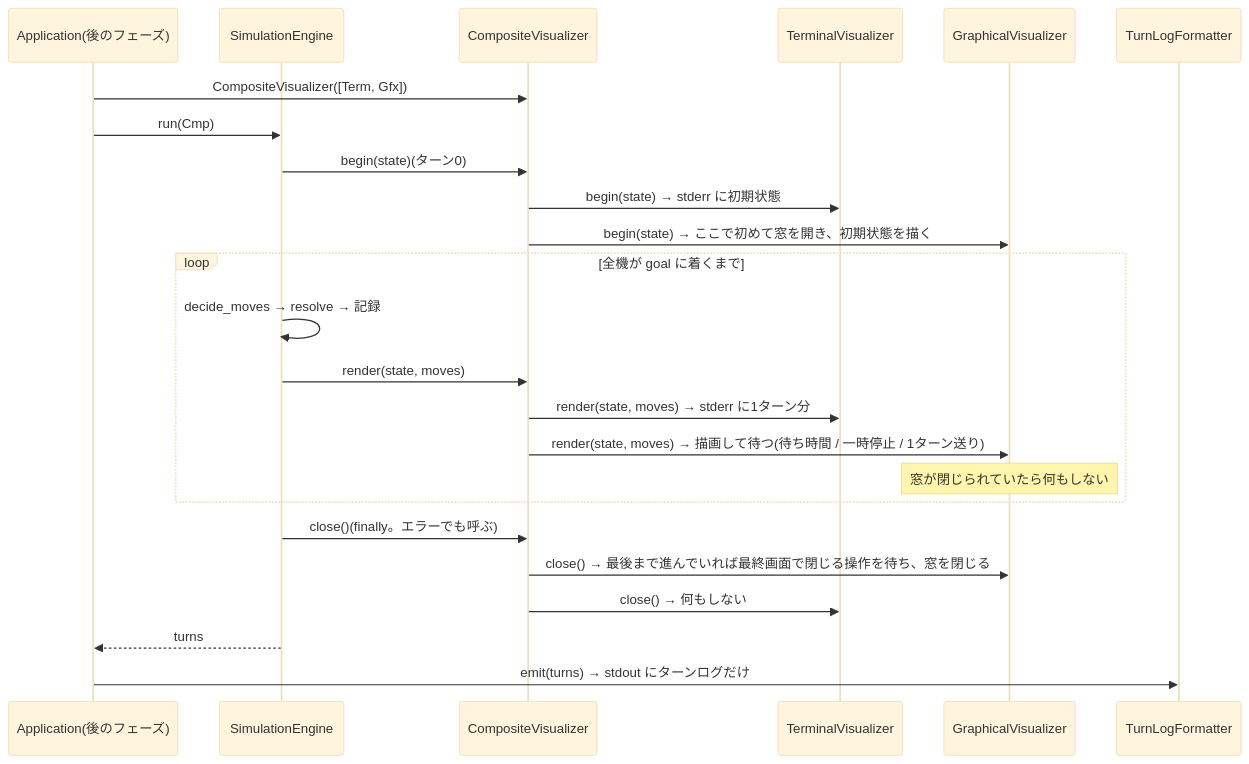
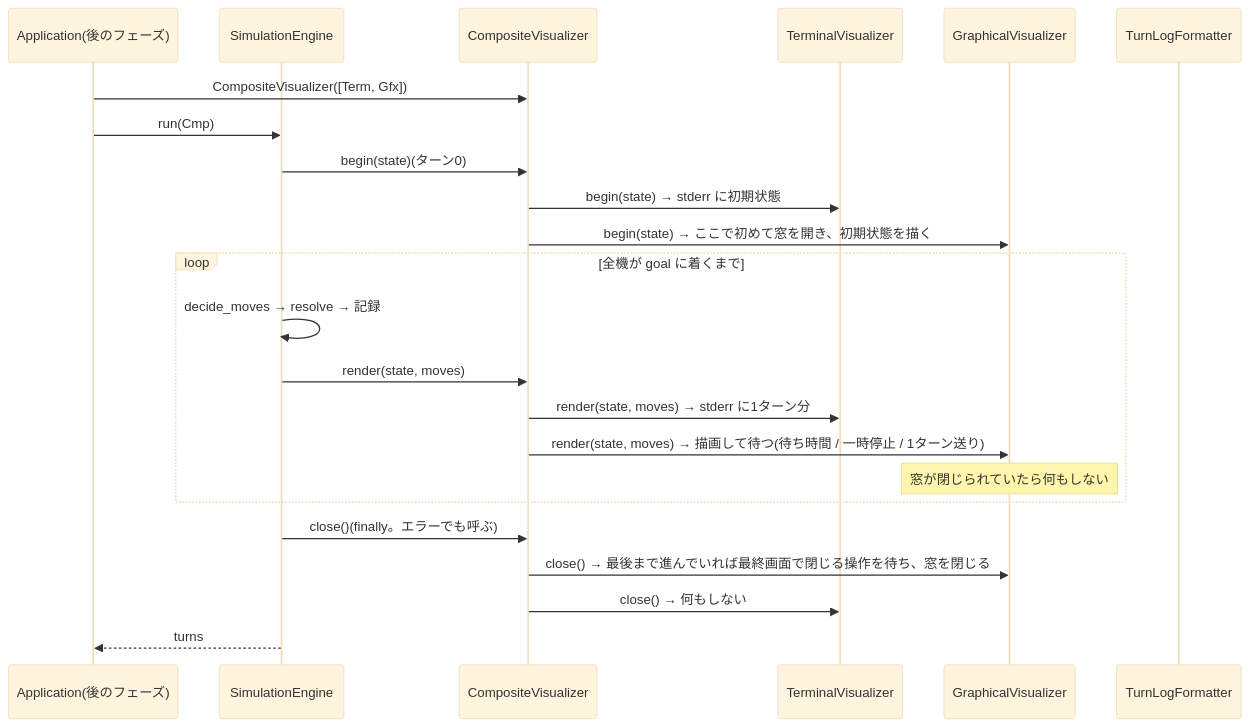
Before and after one commit to saikawakiruya-droid/fly_in: the second of 3 diagrams in docs/research/2026-10-17_workflow-stage7-visualization.md, drawn with Mermaid (base theme). The commit also changed other lines of this file and 1 other file, not shown here.

````diff
--- a/docs/research/2026-10-17_workflow-stage7-visualization.md
+++ b/docs/research/2026-10-17_workflow-stage7-visualization.md
@@ -196,27 +199,26 @@
 ```mermaid
 sequenceDiagram
     participant App as Application(後のフェーズ)
     participant Eng as SimulationEngine
     participant Cmp as CompositeVisualizer
     participant Term as TerminalVisualizer
     participant Gfx as GraphicalVisualizer
     participant Out as TurnLogFormatter
 
     App->>Cmp: CompositeVisualizer([Term, Gfx])
     App->>Eng: run(Cmp)
     Eng->>Cmp: begin(state)(ターン0)
     Cmp->>Term: begin(state) → stderr に初期状態
     Cmp->>Gfx: begin(state) → ここで初めて窓を開き、初期状態を描く
     loop 全機が goal に着くまで
         Eng->>Eng: decide_moves → resolve → 記録
         Eng->>Cmp: render(state, moves)
         Cmp->>Term: render(state, moves) → stderr に1ターン分
         Cmp->>Gfx: render(state, moves) → 描画して待つ(待ち時間 / 一時停止 / 1ターン送り)
         Note over Gfx: 窓が閉じられていたら何もしない
     end
     Eng->>Cmp: close()(finally。エラーでも呼ぶ)
     Cmp->>Gfx: close() → 最後まで進んでいれば最終画面で閉じる操作を待ち、窓を閉じる
     Cmp->>Term: close() → 何もしない
     Eng-->>App: turns
-    App->>Out: emit(turns) → stdout にターンログだけ
 ```
````
